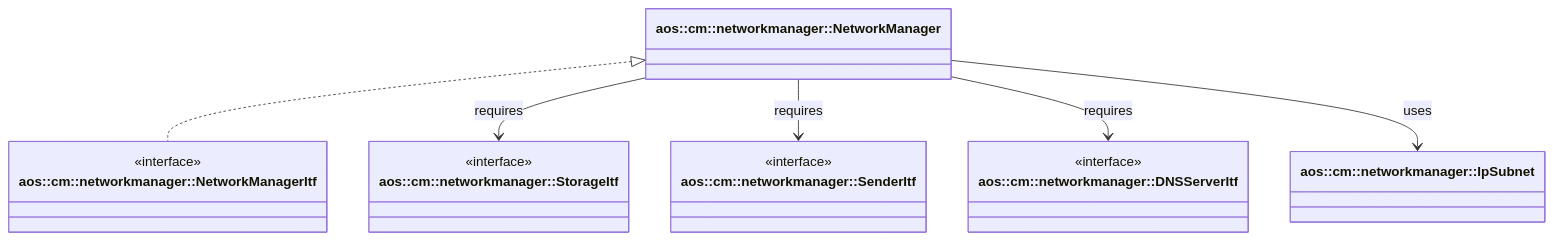
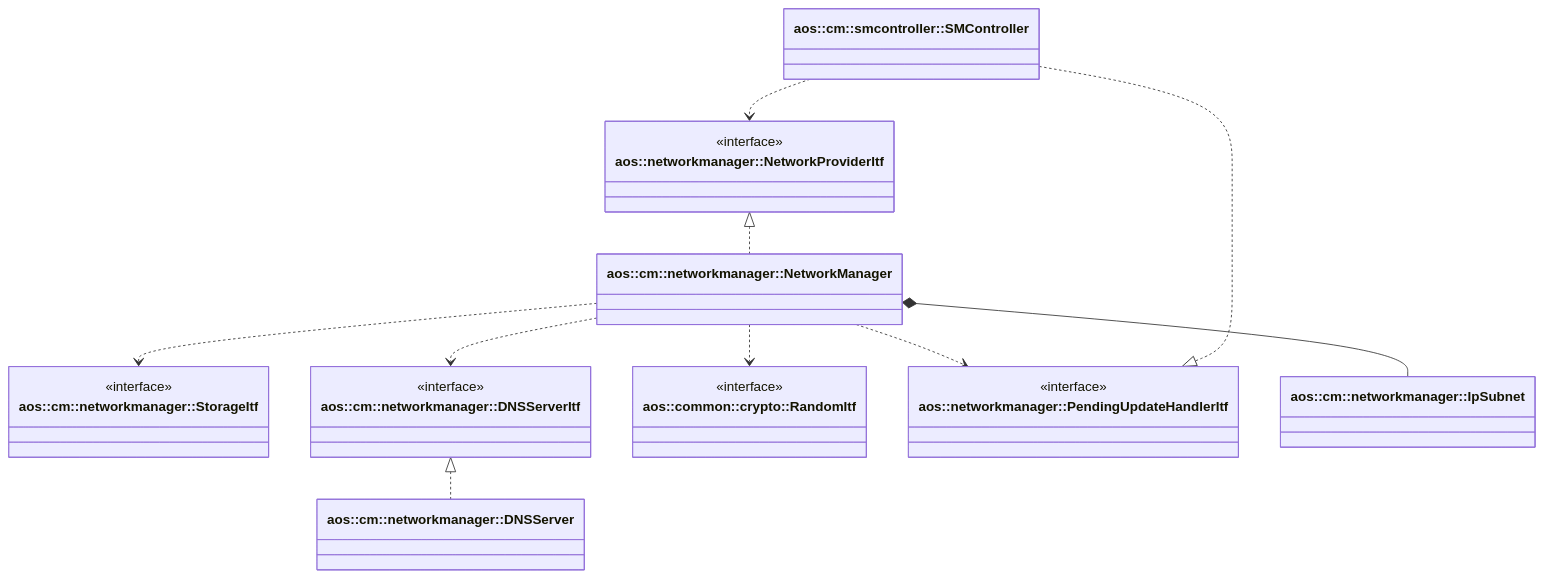
Before and after one commit to MykolaSuperman/aos_core_cpp: the first of 4 diagrams in src/cm/networkmanager/networkmanager.md, drawn with Mermaid. The commit also changed other lines of this file, not shown here.

Commit message:
cm: networkmanager: update documentation according to implementation

````diff
--- a/src/cm/networkmanager/networkmanager.md
+++ b/src/cm/networkmanager/networkmanager.md
@@ -19,30 +45,47 @@
 ```mermaid
 classDiagram
-    class NetworkManager["aos::cm::networkmanager::NetworkManager"] {
+    direction TB
+
+    class SMController ["aos::cm::smcontroller::SMController"] {
     }
 
-    class NetworkManagerItf["aos::cm::networkmanager::NetworkManagerItf"] {
+    class NetworkProviderItf ["aos::networkmanager::NetworkProviderItf"] {
         <<interface>>
     }
 
-    class StorageItf["aos::cm::networkmanager::StorageItf"] {
+    class NetworkManager ["aos::cm::networkmanager::NetworkManager"] {
+    }
+
+    class StorageItf ["aos::cm::networkmanager::StorageItf"] {
         <<interface>>
     }
-
-    class SenderItf["aos::cm::networkmanager::SenderItf"] {
+    class DNSServerItf ["aos::cm::networkmanager::DNSServerItf"] {
         <<interface>>
     }
-
-    class DNSServerItf["aos::cm::networkmanager::DNSServerItf"] {
+    class RandomItf ["aos::common::crypto::RandomItf"] {
         <<interface>>
     }
-
-    class IpSubnet["aos::cm::networkmanager::IpSubnet"] {
+    class PendingUpdateHandlerItf ["aos::networkmanager::PendingUpdateHandlerItf"] {
+        <<interface>>
+    }
+    class IpSubnet ["aos::cm::networkmanager::IpSubnet"] {
     }
 
-    NetworkManager <|.. NetworkManagerItf
-    NetworkManager --> StorageItf : requires
-    NetworkManager --> SenderItf : requires
-    NetworkManager --> DNSServerItf : requires
-    NetworkManager --> IpSubnet : uses
+    class DNSServer ["aos::cm::networkmanager::DNSServer"] {
+    }
+
+    %% SM controller serves the gRPC network service and forwards it to network manager
+    SMController ..> NetworkProviderItf
+    NetworkProviderItf <|.. NetworkManager
+
+    %% network manager dependencies
+    NetworkManager ..> StorageItf
+    NetworkManager ..> DNSServerItf
+    NetworkManager ..> RandomItf
+    NetworkManager ..> PendingUpdateHandlerItf
+    NetworkManager *-- IpSubnet
+
+    %% implementations
+    DNSServerItf <|.. DNSServer
+    SMController ..|> PendingUpdateHandlerItf
 ```
````
